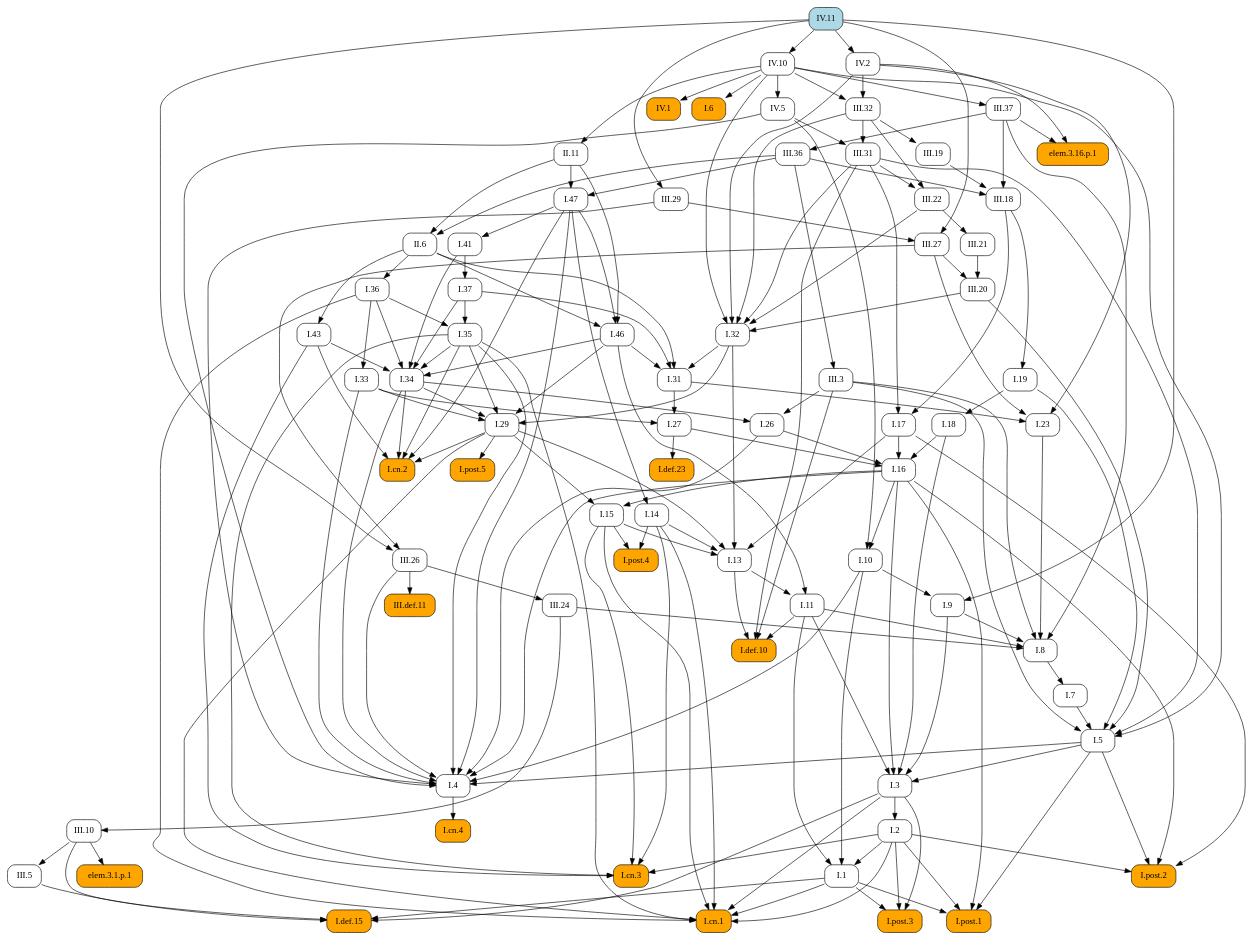
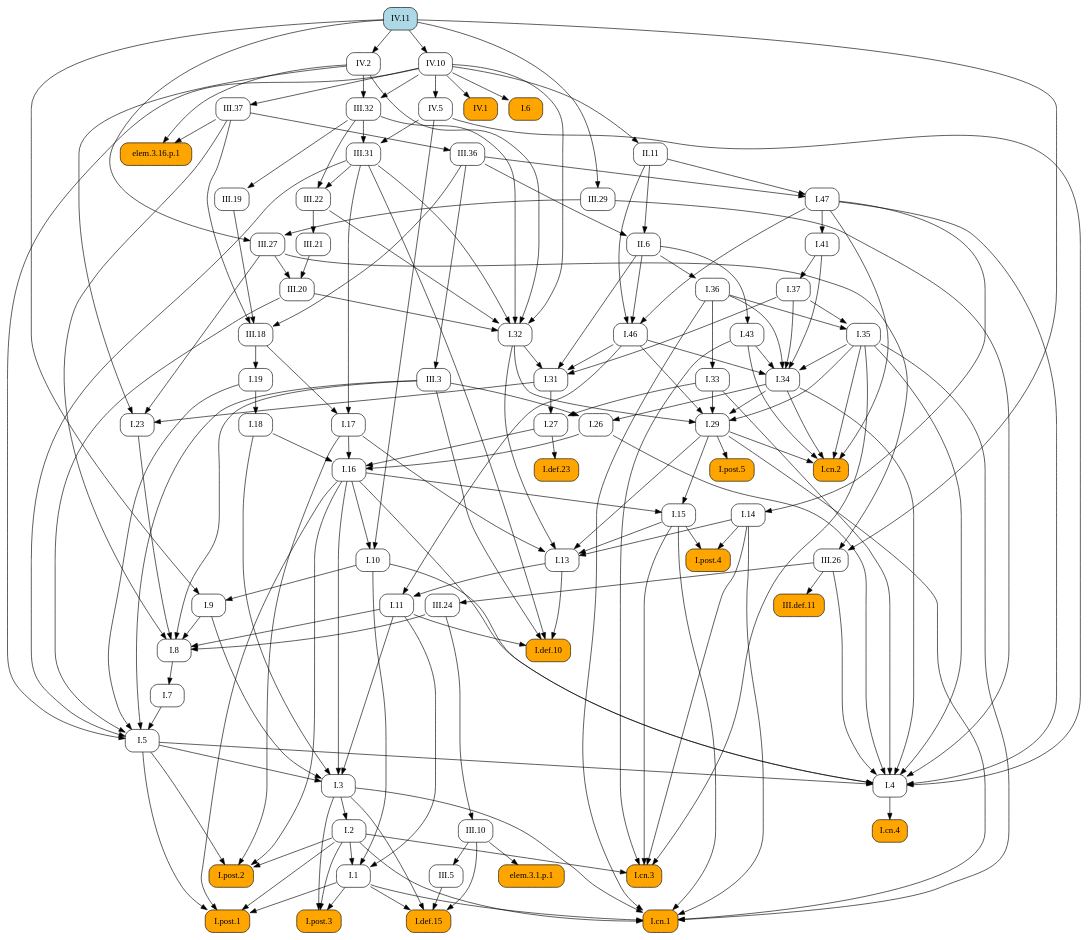
Before and after one commit to geometor/elements: the diagram in docsrc/elements2/IV/11/index.rst, drawn with Graphviz. The commit also changed other lines of this file and 409 other files, not shown here.

First line of the commit message:
feat: Add image cropping and graphic extraction script

```diff
--- a/docsrc/elements2/IV/11/index.rst
+++ b/docsrc/elements2/IV/11/index.rst
@@ -80,137 +80,221 @@
    digraph {
      rankdir="TB";
      node [shape=box, style=rounded];
+     "III.18" [URL="/elements2/III/18/", target="_top"];
+     "I.31" [URL="/elements2/I/31/", target="_top"];
+     "I.41" [URL="/elements2/I/41/", target="_top"];
      "I.8" [URL="/elements2/I/8/", target="_top"];
+     "I.15" [URL="/elements2/I/15/", target="_top"];
+     "I.47" [URL="/elements2/I/47/", target="_top"];
+     "III.36" [URL="/elements2/III/36/", target="_top"];
+     "I.26" [URL="/elements2/I/26/", target="_top"];
+     "I.cn.1" [style="rounded,filled", fillcolor=orange, URL="/elements2/I/cn.1/", target="_top"];
+     "elem.3.16.p.1" [style="rounded,filled", fillcolor=orange];
+     "IV.5" [URL="/elements2/IV/5/", target="_top"];
+     "I.16" [URL="/elements2/I/16/", target="_top"];
+     "I.35" [URL="/elements2/I/35/", target="_top"];
+     "I.34" [URL="/elements2/I/34/", target="_top"];
+     "IV.11" [style="rounded,filled", fillcolor=lightblue, URL="/elements2/IV/11/", target="_top"];
+     "I.33" [URL="/elements2/I/33/", target="_top"];
+     "III.29" [URL="/elements2/III/29/", target="_top"];
+     "III.19" [URL="/elements2/III/19/", target="_top"];
+     "I.def.15" [style="rounded,filled", fillcolor=orange, URL="/elements2/I/def.15/", target="_top"];
      "I.46" [URL="/elements2/I/46/", target="_top"];
-     "III.36" [URL="/elements2/III/36/", target="_top"];
+     "I.19" [URL="/elements2/I/19/", target="_top"];
+     "I.11" [URL="/elements2/I/11/", target="_top"];
+     "III.22" [URL="/elements2/III/22/", target="_top"];
+     "I.14" [URL="/elements2/I/14/", target="_top"];
+     "III.21" [URL="/elements2/III/21/", target="_top"];
+     "I.cn.3" [style="rounded,filled", fillcolor=orange, URL="/elements2/I/cn.3/", target="_top"];
+     "III.24" [URL="/elements2/III/24/", target="_top"];
+     "III.3" [URL="/elements2/III/3/", target="_top"];
+     "III.37" [URL="/elements2/III/37/", target="_top"];
+     "I.9" [URL="/elements2/I/9/", target="_top"];
+     "I.29" [URL="/elements2/I/29/", target="_top"];
      "I.36" [URL="/elements2/I/36/", target="_top"];
-     "IV.5" [URL="/elements2/IV/5/", target="_top"];
+     "I.post.1" [style="rounded,filled", fillcolor=orange, URL="/elements2/I/post.1/", target="_top"];
+     "I.27" [URL="/elements2/I/27/", target="_top"];
+     "IV.2" [URL="/elements2/IV/2/", target="_top"];
+     "I.cn.2" [style="rounded,filled", fillcolor=orange, URL="/elements2/I/cn.2/", target="_top"];
+     "I.post.4" [style="rounded,filled", fillcolor=orange, URL="/elements2/I/post.4/", target="_top"];
+     "I.cn.4" [style="rounded,filled", fillcolor=orange, URL="/elements2/I/cn.4/", target="_top"];
+     "I.37" [URL="/elements2/I/37/", target="_top"];
+     "I.43" [URL="/elements2/I/43/", target="_top"];
+     "I.5" [URL="/elements2/I/5/", target="_top"];
+     "I.17" [URL="/elements2/I/17/", target="_top"];
+     "I.32" [URL="/elements2/I/32/", target="_top"];
+     "II.11" [URL="/elements2/II/11/", target="_top"];
+     "I.7" [URL="/elements2/I/7/", target="_top"];
+     "I.23" [URL="/elements2/I/23/", target="_top"];
+     "elem.3.1.p.1" [style="rounded,filled", fillcolor=orange];
+     "III.26" [URL="/elements2/III/26/", target="_top"];
+     "III.20" [URL="/elements2/III/20/", target="_top"];
+     "IV.10" [URL="/elements2/IV/10/", target="_top"];
+     "I.6" [style="rounded,filled", fillcolor=orange, URL="/elements2/I/6/", target="_top"];
+     "III.27" [URL="/elements2/III/27/", target="_top"];
+     "III.31" [URL="/elements2/III/31/", target="_top"];
+     "I.def.10" [style="rounded,filled", fillcolor=orange, URL="/elements2/I/def.10/", target="_top"];
+     "I.def.23" [style="rounded,filled", fillcolor=orange, URL="/elements2/I/def.23/", target="_top"];
+     "I.18" [URL="/elements2/I/18/", target="_top"];
+     "III.5" [URL="/elements2/III/5/", target="_top"];
      "I.post.5" [style="rounded,filled", fillcolor=orange, URL="/elements2/I/post.5/", target="_top"];
-     "III.29" [URL="/elements2/III/29/", target="_top"];
-     "I.def.10" [style="rounded,filled", fillcolor=orange, URL="/elements2/I/def.10/", target="_top"];
-     "I.cn.2" [style="rounded,filled", fillcolor=orange, URL="/elements2/I/cn.2/", target="_top"];
-     "II.11" [URL="/elements2/II/11/", target="_top"];
-     "III.31" [URL="/elements2/III/31/", target="_top"];
-     "I.31" [URL="/elements2/I/31/", target="_top"];
-     "I.43" [URL="/elements2/I/43/", target="_top"];
-     "III.24" [URL="/elements2/III/24/", target="_top"];
+     "I.3" [URL="/elements2/I/3/", target="_top"];
+     "I.10" [URL="/elements2/I/10/", target="_top"];
+     "I.13" [URL="/elements2/I/13/", target="_top"];
+     "I.4" [URL="/elements2/I/4/", target="_top"];
+     "I.post.3" [style="rounded,filled", fillcolor=orange, URL="/elements2/I/post.3/", target="_top"];
+     "III.32" [URL="/elements2/III/32/", target="_top"];
+     "I.2" [URL="/elements2/I/2/", target="_top"];
+     "III.10" [URL="/elements2/III/10/", target="_top"];
+     "II.6" [URL="/elements2/II/6/", target="_top"];
+     "III.def.11" [style="rounded,filled", fillcolor=orange, URL="/elements2/III/def.11/", target="_top"];
+     "I.1" [URL="/elements2/I/1/", target="_top"];
+     "IV.1" [style="rounded,filled", fillcolor=orange, URL="/elements2/IV/1/", target="_top"];
      "I.post.2" [style="rounded,filled", fillcolor=orange, URL="/elements2/I/post.2/", target="_top"];
-     "I.def.23" [style="rounded,filled", fillcolor=orange, URL="/elements2/I/def.23/", target="_top"];
-     "I.26" [URL="/elements2/I/26/", target="_top"];
-     "I.19" [URL="/elements2/I/19/", target="_top"];
-     "IV.1" [style="rounded,filled", fillcolor=orange, URL="/elements2/IV/1/", target="_top"];
-     "I.cn.3" [style="rounded,filled", fillcolor=orange, URL="/elements2/I/cn.3/", target="_top"];
-     "III.5" [URL="/elements2/III/5/", target="_top"];
-     "III.20" [URL="/elements2/III/20/", target="_top"];
-     "III.26" [URL="/elements2/III/26/", target="_top"];
-     "elem.3.1.p.1" [style="rounded,filled", fillcolor=orange];
-     "I.18" [URL="/elements2/I/18/", target="_top"];
-     "I.41" [URL="/elements2/I/41/", target="_top"];
-     "I.35" [URL="/elements2/I/35/", target="_top"];
-     "II.6" [URL="/elements2/II/6/", target="_top"];
-     "I.27" [URL="/elements2/I/27/", target="_top"];
-     "I.4" [URL="/elements2/I/4/", target="_top"];
-     "III.18" [URL="/elements2/III/18/", target="_top"];
-     "I.15" [URL="/elements2/I/15/", target="_top"];
-     "I.34" [URL="/elements2/I/34/", target="_top"];
-     "I.post.3" [style="rounded,filled", fillcolor=orange, URL="/elements2/I/post.3/", target="_top"];
-     "I.32" [URL="/elements2/I/32/", target="_top"];
-     "III.27" [URL="/elements2/III/27/", target="_top"];
-     "I.post.1" [style="rounded,filled", fillcolor=orange, URL="/elements2/I/post.1/", target="_top"];
-     "I.47" [URL="/elements2/I/47/", target="_top"];
-     "I.14" [URL="/elements2/I/14/", target="_top"];
-     "I.33" [URL="/elements2/I/33/", target="_top"];
-     "I.5" [URL="/elements2/I/5/", target="_top"];
-     "III.37" [URL="/elements2/III/37/", target="_top"];
-     "III.3" [URL="/elements2/III/3/", target="_top"];
-     "III.22" [URL="/elements2/III/22/", target="_top"];
-     "elem.3.16.p.1" [style="rounded,filled", fillcolor=orange];
-     "I.def.15" [style="rounded,filled", fillcolor=orange, URL="/elements2/I/def.15/", target="_top"];
-     "I.11" [URL="/elements2/I/11/", target="_top"];
-     "III.def.11" [style="rounded,filled", fillcolor=orange, URL="/elements2/III/def.11/", target="_top"];
-     "I.3" [URL="/elements2/I/3/", target="_top"];
-     "III.10" [URL="/elements2/III/10/", target="_top"];
-     "I.6" [style="rounded,filled", fillcolor=orange, URL="/elements2/I/6/", target="_top"];
-     "IV.2" [URL="/elements2/IV/2/", target="_top"];
-     "IV.11" [style="rounded,filled", fillcolor=lightblue, URL="/elements2/IV/11/", target="_top"];
-     "I.1" [URL="/elements2/I/1/", target="_top"];
-     "I.cn.4" [style="rounded,filled", fillcolor=orange, URL="/elements2/I/cn.4/", target="_top"];
-     "III.21" [URL="/elements2/III/21/", target="_top"];
-     "I.7" [URL="/elements2/I/7/", target="_top"];
-     "I.17" [URL="/elements2/I/17/", target="_top"];
-     "I.9" [URL="/elements2/I/9/", target="_top"];
-     "III.32" [URL="/elements2/III/32/", target="_top"];
-     "I.cn.1" [style="rounded,filled", fillcolor=orange, URL="/elements2/I/cn.1/", target="_top"];
-     "I.29" [URL="/elements2/I/29/", target="_top"];
-     "III.19" [URL="/elements2/III/19/", target="_top"];
-     "I.post.4" [style="rounded,filled", fillcolor=orange, URL="/elements2/I/post.4/", target="_top"];
-     "IV.10" [URL="/elements2/IV/10/", target="_top"];
-     "I.13" [URL="/elements2/I/13/", target="_top"];
-     "I.16" [URL="/elements2/I/16/", target="_top"];
-     "I.2" [URL="/elements2/I/2/", target="_top"];
-     "I.37" [URL="/elements2/I/37/", target="_top"];
-     "I.10" [URL="/elements2/I/10/", target="_top"];
-     "I.23" [URL="/elements2/I/23/", target="_top"];
+     "III.19" -> "III.18";
+     "III.36" -> "III.18";
+     "III.37" -> "III.18";
+     "I.32" -> "I.31";
+     "I.37" -> "I.31";
+     "I.46" -> "I.31";
+     "II.6" -> "I.31";
+     "I.47" -> "I.41";
      "I.9" -> "I.8";
      "I.11" -> "I.8";
      "I.23" -> "I.8";
      "III.3" -> "I.8";
      "III.24" -> "I.8";
      "III.37" -> "I.8";
+     "I.16" -> "I.15";
+     "I.29" -> "I.15";
+     "II.11" -> "I.47";
+     "III.36" -> "I.47";
+     "III.37" -> "III.36";
+     "I.34" -> "I.26";
+     "III.3" -> "I.26";
+     "I.1" -> "I.cn.1";
+     "I.2" -> "I.cn.1";
+     "I.3" -> "I.cn.1";
+     "I.14" -> "I.cn.1";
+     "I.15" -> "I.cn.1";
+     "I.29" -> "I.cn.1";
+     "I.35" -> "I.cn.1";
+     "I.36" -> "I.cn.1";
+     "III.37" -> "elem.3.16.p.1";
+     "IV.2" -> "elem.3.16.p.1";
+     "IV.10" -> "IV.5";
+     "I.17" -> "I.16";
+     "I.18" -> "I.16";
+     "I.26" -> "I.16";
+     "I.27" -> "I.16";
+     "I.36" -> "I.35";
+     "I.37" -> "I.35";
+     "I.35" -> "I.34";
+     "I.36" -> "I.34";
+     "I.37" -> "I.34";
+     "I.41" -> "I.34";
+     "I.43" -> "I.34";
+     "I.46" -> "I.34";
+     "I.36" -> "I.33";
+     "IV.11" -> "III.29";
+     "III.32" -> "III.19";
+     "I.1" -> "I.def.15";
+     "I.3" -> "I.def.15";
+     "III.5" -> "I.def.15";
+     "III.10" -> "I.def.15";
      "I.47" -> "I.46";
      "II.6" -> "I.46";
      "II.11" -> "I.46";
-     "III.37" -> "III.36";
+     "III.18" -> "I.19";
+     "I.13" -> "I.11";
+     "I.46" -> "I.11";
+     "III.31" -> "III.22";
+     "III.32" -> "III.22";
+     "I.47" -> "I.14";
+     "III.22" -> "III.21";
+     "I.2" -> "I.cn.3";
+     "I.14" -> "I.cn.3";
+     "I.15" -> "I.cn.3";
+     "I.35" -> "I.cn.3";
+     "I.43" -> "I.cn.3";
+     "III.26" -> "III.24";
+     "III.36" -> "III.3";
+     "IV.10" -> "III.37";
+     "I.10" -> "I.9";
+     "IV.11" -> "I.9";
+     "I.32" -> "I.29";
+     "I.33" -> "I.29";
+     "I.34" -> "I.29";
+     "I.35" -> "I.29";
+     "I.46" -> "I.29";
      "II.6" -> "I.36";
-     "IV.10" -> "IV.5";
-     "I.29" -> "I.post.5";
-     "IV.11" -> "III.29";
-     "I.11" -> "I.def.10";
-     "I.13" -> "I.def.10";
-     "III.3" -> "I.def.10";
-     "III.31" -> "I.def.10";
+     "I.1" -> "I.post.1";
+     "I.2" -> "I.post.1";
+     "I.5" -> "I.post.1";
+     "I.16" -> "I.post.1";
+     "I.31" -> "I.27";
+     "I.33" -> "I.27";
+     "IV.11" -> "IV.2";
      "I.29" -> "I.cn.2";
      "I.34" -> "I.cn.2";
      "I.35" -> "I.cn.2";
      "I.43" -> "I.cn.2";
      "I.47" -> "I.cn.2";
+     "I.14" -> "I.post.4";
+     "I.15" -> "I.post.4";
+     "I.4" -> "I.cn.4";
+     "I.41" -> "I.37";
+     "II.6" -> "I.43";
+     "I.7" -> "I.5";
+     "I.19" -> "I.5";
+     "III.3" -> "I.5";
+     "III.20" -> "I.5";
+     "III.31" -> "I.5";
+     "IV.10" -> "I.5";
+     "III.18" -> "I.17";
+     "III.31" -> "I.17";
+     "III.20" -> "I.32";
+     "III.22" -> "I.32";
+     "III.31" -> "I.32";
+     "III.32" -> "I.32";
+     "IV.2" -> "I.32";
+     "IV.10" -> "I.32";
      "IV.10" -> "II.11";
+     "I.8" -> "I.7";
+     "I.31" -> "I.23";
+     "III.27" -> "I.23";
+     "IV.2" -> "I.23";
+     "III.10" -> "elem.3.1.p.1";
+     "III.27" -> "III.26";
+     "IV.11" -> "III.26";
+     "III.21" -> "III.20";
+     "III.27" -> "III.20";
+     "IV.11" -> "IV.10";
+     "IV.10" -> "I.6";
+     "III.29" -> "III.27";
+     "IV.11" -> "III.27";
      "III.32" -> "III.31";
      "IV.5" -> "III.31";
-     "I.32" -> "I.31";
-     "I.37" -> "I.31";
-     "I.46" -> "I.31";
-     "II.6" -> "I.31";
-     "II.6" -> "I.43";
-     "III.26" -> "III.24";
-     "I.2" -> "I.post.2";
-     "I.5" -> "I.post.2";
-     "I.16" -> "I.post.2";
-     "I.17" -> "I.post.2";
+     "I.11" -> "I.def.10";
+     "I.13" -> "I.def.10";
+     "III.3" -> "I.def.10";
+     "III.31" -> "I.def.10";
      "I.27" -> "I.def.23";
-     "I.34" -> "I.26";
-     "III.3" -> "I.26";
-     "III.18" -> "I.19";
-     "IV.10" -> "IV.1";
-     "I.2" -> "I.cn.3";
-     "I.14" -> "I.cn.3";
-     "I.15" -> "I.cn.3";
-     "I.35" -> "I.cn.3";
-     "I.43" -> "I.cn.3";
+     "I.19" -> "I.18";
      "III.10" -> "III.5";
-     "III.21" -> "III.20";
-     "III.27" -> "III.20";
-     "III.27" -> "III.26";
-     "IV.11" -> "III.26";
-     "III.10" -> "elem.3.1.p.1";
-     "I.19" -> "I.18";
-     "I.47" -> "I.41";
-     "I.36" -> "I.35";
-     "I.37" -> "I.35";
-     "II.11" -> "II.6";
-     "III.36" -> "II.6";
-     "I.31" -> "I.27";
-     "I.33" -> "I.27";
+     "I.29" -> "I.post.5";
+     "I.5" -> "I.3";
+     "I.9" -> "I.3";
+     "I.11" -> "I.3";
+     "I.16" -> "I.3";
+     "I.18" -> "I.3";
+     "I.16" -> "I.10";
+     "IV.5" -> "I.10";
+     "I.14" -> "I.13";
+     "I.15" -> "I.13";
+     "I.17" -> "I.13";
+     "I.29" -> "I.13";
+     "I.32" -> "I.13";
      "I.5" -> "I.4";
      "I.10" -> "I.4";
      "I.16" -> "I.4";
@@ -222,106 +306,22 @@
      "III.26" -> "I.4";
      "III.29" -> "I.4";
      "IV.5" -> "I.4";
-     "III.19" -> "III.18";
-     "III.36" -> "III.18";
-     "III.37" -> "III.18";
-     "I.16" -> "I.15";
-     "I.29" -> "I.15";
-     "I.35" -> "I.34";
-     "I.36" -> "I.34";
-     "I.37" -> "I.34";
-     "I.41" -> "I.34";
-     "I.43" -> "I.34";
-     "I.46" -> "I.34";
      "I.1" -> "I.post.3";
      "I.2" -> "I.post.3";
      "I.3" -> "I.post.3";
-     "III.20" -> "I.32";
-     "III.22" -> "I.32";
-     "III.31" -> "I.32";
-     "III.32" -> "I.32";
-     "IV.2" -> "I.32";
-     "IV.10" -> "I.32";
-     "III.29" -> "III.27";
-     "IV.11" -> "III.27";
-     "I.1" -> "I.post.1";
-     "I.2" -> "I.post.1";
-     "I.5" -> "I.post.1";
-     "I.16" -> "I.post.1";
-     "II.11" -> "I.47";
-     "III.36" -> "I.47";
-     "I.47" -> "I.14";
-     "I.36" -> "I.33";
-     "I.7" -> "I.5";
-     "I.19" -> "I.5";
-     "III.3" -> "I.5";
-     "III.20" -> "I.5";
-     "III.31" -> "I.5";
-     "IV.10" -> "I.5";
-     "IV.10" -> "III.37";
-     "III.36" -> "III.3";
-     "III.31" -> "III.22";
-     "III.32" -> "III.22";
-     "III.37" -> "elem.3.16.p.1";
-     "IV.2" -> "elem.3.16.p.1";
-     "I.1" -> "I.def.15";
-     "I.3" -> "I.def.15";
-     "III.5" -> "I.def.15";
-     "III.10" -> "I.def.15";
-     "I.13" -> "I.11";
-     "I.46" -> "I.11";
+     "IV.2" -> "III.32";
+     "IV.10" -> "III.32";
+     "I.3" -> "I.2";
+     "III.24" -> "III.10";
+     "II.11" -> "II.6";
+     "III.36" -> "II.6";
      "III.26" -> "III.def.11";
-     "I.5" -> "I.3";
-     "I.9" -> "I.3";
-     "I.11" -> "I.3";
-     "I.16" -> "I.3";
-     "I.18" -> "I.3";
-     "III.24" -> "III.10";
-     "IV.10" -> "I.6";
-     "IV.11" -> "IV.2";
      "I.2" -> "I.1";
      "I.10" -> "I.1";
      "I.11" -> "I.1";
-     "I.4" -> "I.cn.4";
-     "III.22" -> "III.21";
-     "I.8" -> "I.7";
-     "III.18" -> "I.17";
-     "III.31" -> "I.17";
-     "I.10" -> "I.9";
-     "IV.11" -> "I.9";
-     "IV.2" -> "III.32";
-     "IV.10" -> "III.32";
-     "I.1" -> "I.cn.1";
-     "I.2" -> "I.cn.1";
-     "I.3" -> "I.cn.1";
-     "I.14" -> "I.cn.1";
-     "I.15" -> "I.cn.1";
-     "I.29" -> "I.cn.1";
-     "I.35" -> "I.cn.1";
-     "I.36" -> "I.cn.1";
-     "I.32" -> "I.29";
-     "I.33" -> "I.29";
-     "I.34" -> "I.29";
-     "I.35" -> "I.29";
-     "I.46" -> "I.29";
-     "III.32" -> "III.19";
-     "I.14" -> "I.post.4";
-     "I.15" -> "I.post.4";
-     "IV.11" -> "IV.10";
-     "I.14" -> "I.13";
-     "I.15" -> "I.13";
-     "I.17" -> "I.13";
-     "I.29" -> "I.13";
-     "I.32" -> "I.13";
-     "I.17" -> "I.16";
-     "I.18" -> "I.16";
-     "I.26" -> "I.16";
-     "I.27" -> "I.16";
-     "I.3" -> "I.2";
-     "I.41" -> "I.37";
-     "I.16" -> "I.10";
-     "IV.5" -> "I.10";
-     "I.31" -> "I.23";
-     "III.27" -> "I.23";
-     "IV.2" -> "I.23";
+     "IV.10" -> "IV.1";
+     "I.2" -> "I.post.2";
+     "I.5" -> "I.post.2";
+     "I.16" -> "I.post.2";
+     "I.17" -> "I.post.2";
    }
```
